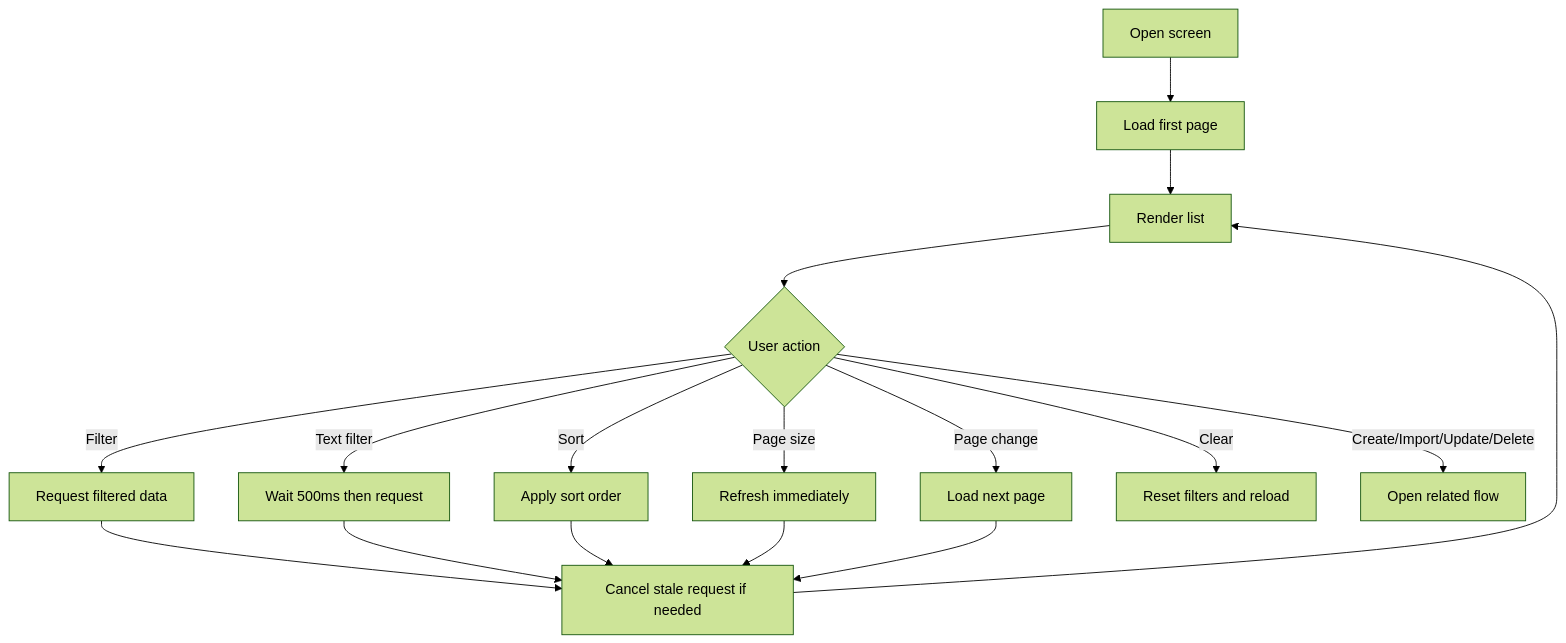
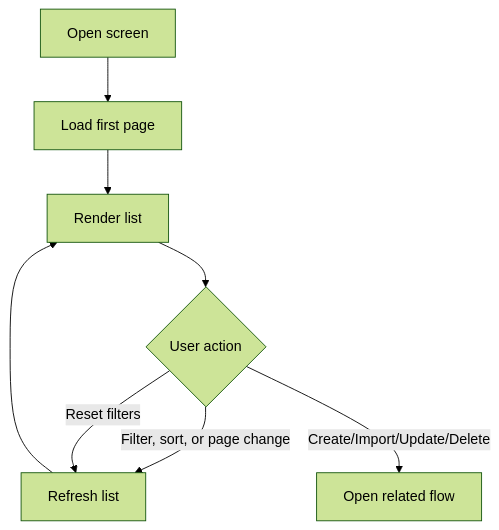
One commit to lamhq/fluento changed the diagram in docs/requirements/manage/view-my-exercises.md. Above: the diagram before and after it, drawn with Mermaid (forest theme). The commit also changed other lines of this file and 7 other files, not shown here.

````diff
--- a/docs/requirements/manage/view-my-exercises.md
+++ b/docs/requirements/manage/view-my-exercises.md
@@ -62,19 +34,10 @@
 ```mermaid
 flowchart TD
     A[Open screen] --> B[Load first page]
     B --> C[Render list]
     C --> D{User action}
-    D -->|Filter| E[Request filtered data]
-    D -->|Text filter| F[Wait 500ms then request]
-    D -->|Sort| G[Apply sort order]
-    D -->|Page size| H[Refresh immediately]
-    D -->|Page change| I[Load next page]
-    D -->|Clear| J[Reset filters and reload]
+    D -->|Filter, sort, or page change| E[Refresh list]
+    D -->|Reset filters| E
     D -->|Create/Import/Update/Delete| K[Open related flow]
-    E --> L[Cancel stale request if needed]
-    F --> L
-    G --> L
-    H --> L
-    I --> L
-    L --> C
+    E --> C
 ```
````
